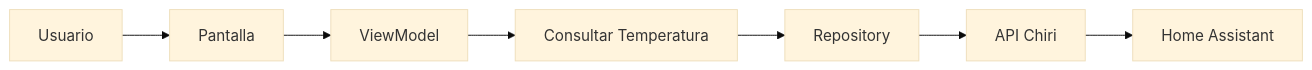
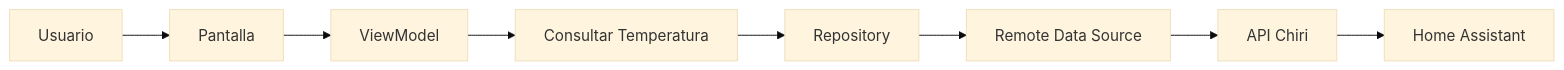
One commit to chirijose79-ui/Chiri changed the fourth of 21 diagrams in docs/040_Android.md. Above: the diagram before and after it, drawn with Mermaid (base theme). The commit also changed other lines of this file, not shown here.

Commit message:
docs(android): finalize android architecture

````diff
--- a/docs/040_Android.md
+++ b/docs/040_Android.md
@@ -346,25 +385,28 @@
-```mermaid id="1n6p4x"
+```mermaid
 flowchart LR
 
     User["Usuario"]
 
     Screen["Pantalla"]
 
     VM["ViewModel"]
 
     UseCase["Consultar Temperatura"]
 
     Repository["Repository"]
 
+    Remote["Remote Data Source"]
+
     API["API Chiri"]
 
     HA["Home Assistant"]
 
 
     User --> Screen
     Screen --> VM
     VM --> UseCase
     UseCase --> Repository
-    Repository --> API
+    Repository --> Remote
+    Remote --> API
     API --> HA
 ```
````
